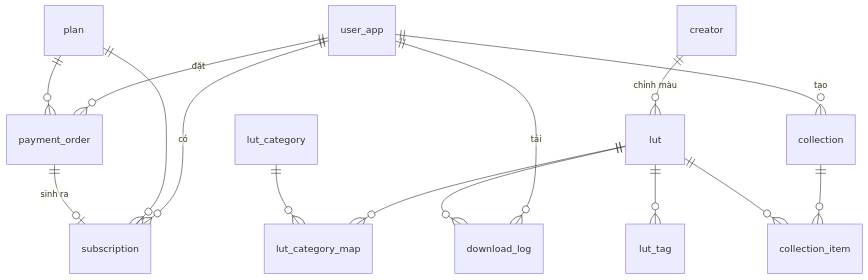
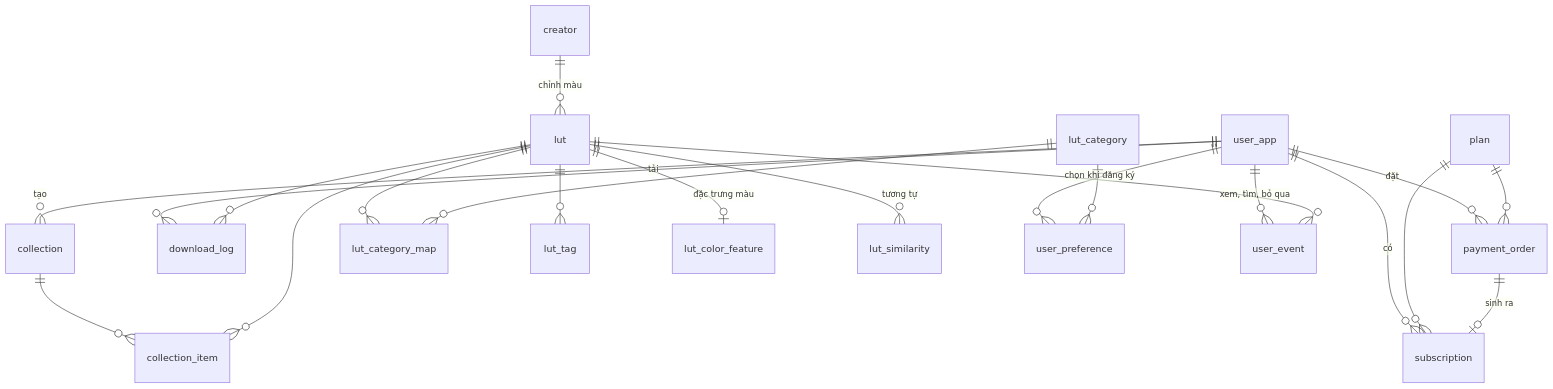
Before and after one commit to Julytus/downBeatt: the diagram in plan/thiet-ke-tong-quat.md, drawn with Mermaid. The commit also changed other lines of this file and 6 other files, not shown here.

````diff
--- a/plan/thiet-ke-tong-quat.md
+++ b/plan/thiet-ke-tong-quat.md
@@ -62,17 +67,23 @@
 ```mermaid
 erDiagram
   user_app ||--o{ subscription : "có"
   user_app ||--o{ payment_order : "đặt"
   user_app ||--o{ download_log : "tải"
   user_app ||--o{ collection : "tạo"
   plan ||--o{ subscription : ""
   plan ||--o{ payment_order : ""
   payment_order ||--o| subscription : "sinh ra"
   creator ||--o{ lut : "chỉnh màu"
   lut ||--o{ lut_category_map : ""
   lut_category ||--o{ lut_category_map : ""
   lut ||--o{ lut_tag : ""
   lut ||--o{ download_log : ""
   collection ||--o{ collection_item : ""
   lut ||--o{ collection_item : ""
+  lut ||--o| lut_color_feature : "đặc trưng màu"
+  lut ||--o{ lut_similarity : "tương tự"
+  user_app ||--o{ user_preference : "chọn khi đăng ký"
+  lut_category ||--o{ user_preference : ""
+  user_app ||--o{ user_event : "xem, tìm, bỏ qua"
+  lut ||--o{ user_event : ""
 ```
````
